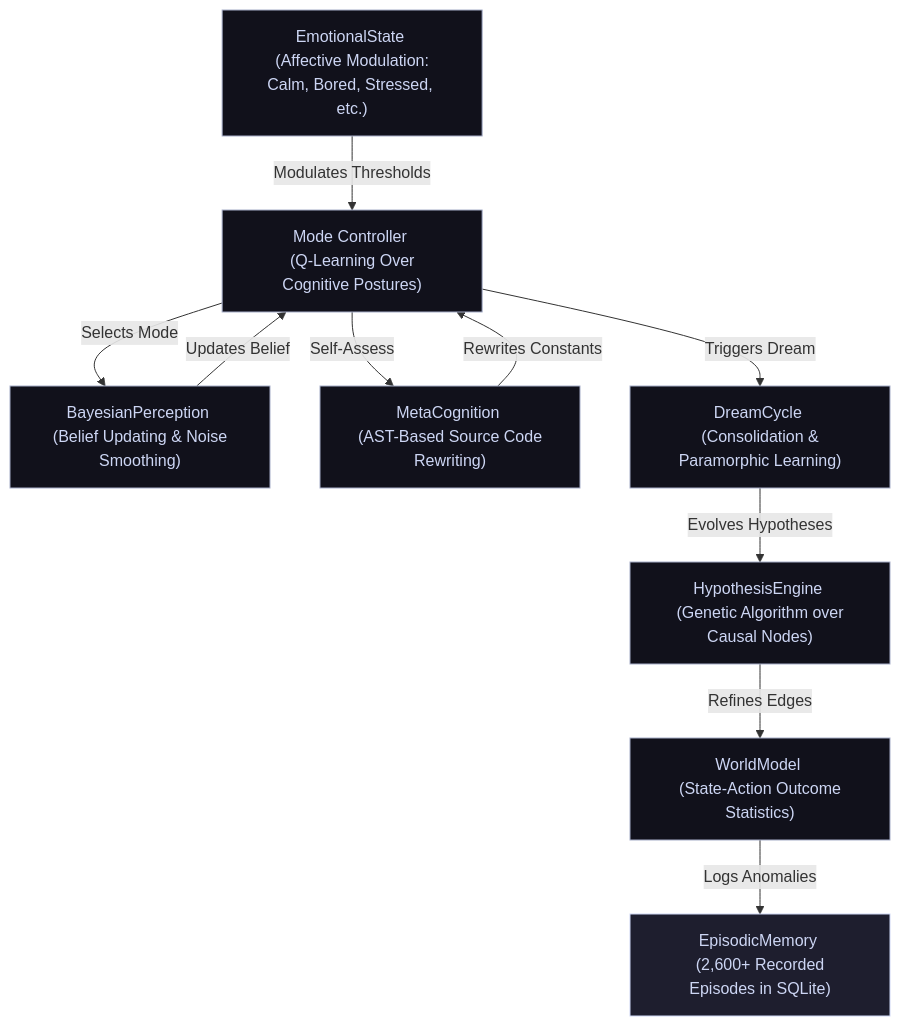
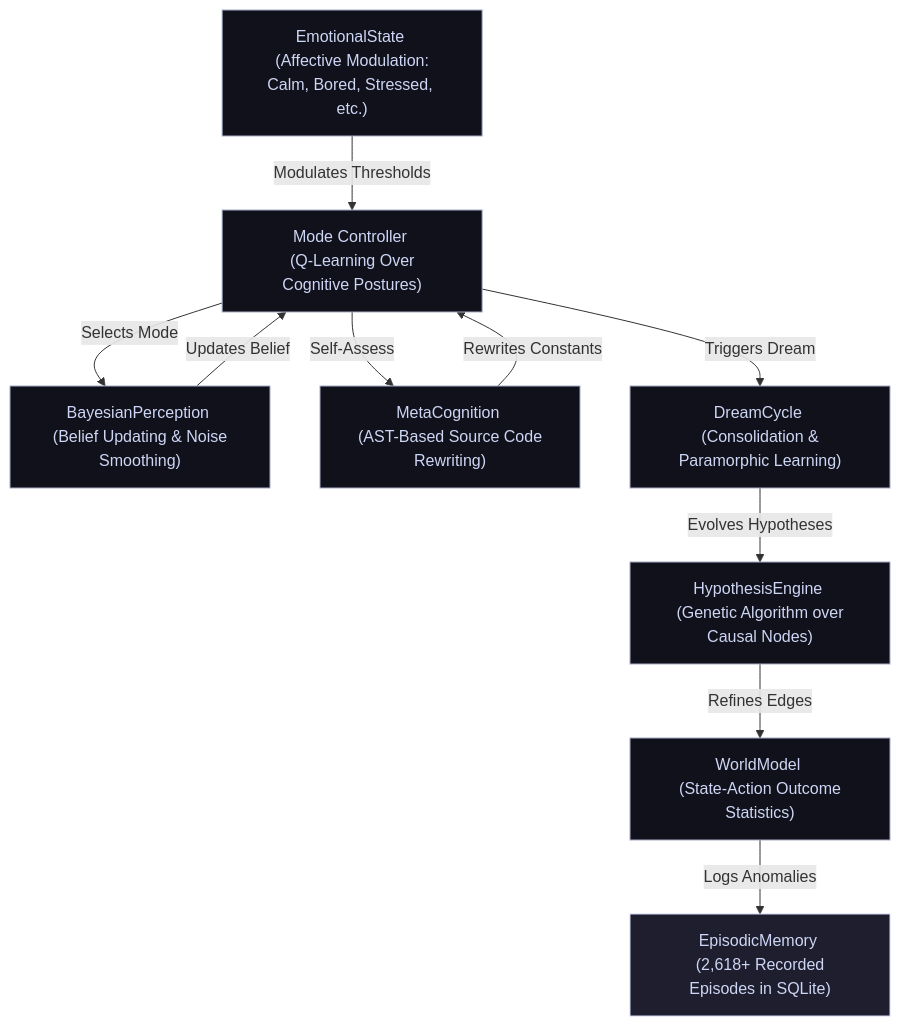
One commit to mematron/Minuet changed the diagram in README.md. Above: the diagram before and after it, drawn with Mermaid. The commit also changed other lines of this file, not shown here.

````diff
--- a/README.md
+++ b/README.md
@@ -61,26 +61,26 @@
 ```mermaid
 graph TD
     %% Styling Configuration
     classDef default fill:#11111b,stroke:#a6adc8,stroke-width:1px,color:#cdd6f4;
     classDef memory fill:#1e1e2e,stroke:#cdd6f4,stroke-width:1px,color:#cdd6f4;
     
     ModeController["Mode Controller <br/> (Q-Learning Over Cognitive Postures)"]
-    EpisodicMemory["EpisodicMemory <br/> (2,600+ Recorded Episodes in SQLite)"]:::memory
+    EpisodicMemory["EpisodicMemory <br/> (2,618+ Recorded Episodes in SQLite)"]:::memory
     BayesianPerception["BayesianPerception <br/> (Belief Updating & Noise Smoothing)"]
     WorldModel["WorldModel <br/> (State-Action Outcome Statistics)"]
     EmotionalState["EmotionalState <br/> (Affective Modulation: Calm, Bored, Stressed, etc.)"]
     HypothesisEngine["HypothesisEngine <br/> (Genetic Algorithm over Causal Nodes)"]
     MetaCognition["MetaCognition <br/> (AST-Based Source Code Rewriting)"]
     DreamCycle["DreamCycle <br/> (Consolidation & Paramorphic Learning)"]
     
     %% Interconnections
     ModeController -->|Selects Mode| BayesianPerception
     BayesianPerception -->|Updates Belief| ModeController
     EmotionalState -->|Modulates Thresholds| ModeController
     ModeController -->|Triggers Dream| DreamCycle
     DreamCycle -->|Evolves Hypotheses| HypothesisEngine
     HypothesisEngine -->|Refines Edges| WorldModel
     WorldModel -->|Logs Anomalies| EpisodicMemory
     ModeController -->|Self-Assess| MetaCognition
     MetaCognition -->|Rewrites Constants| ModeController
 ```
````
